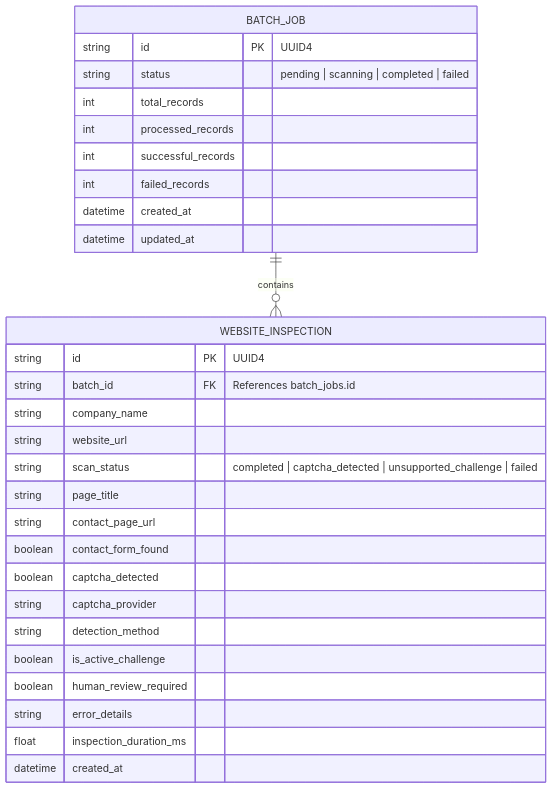
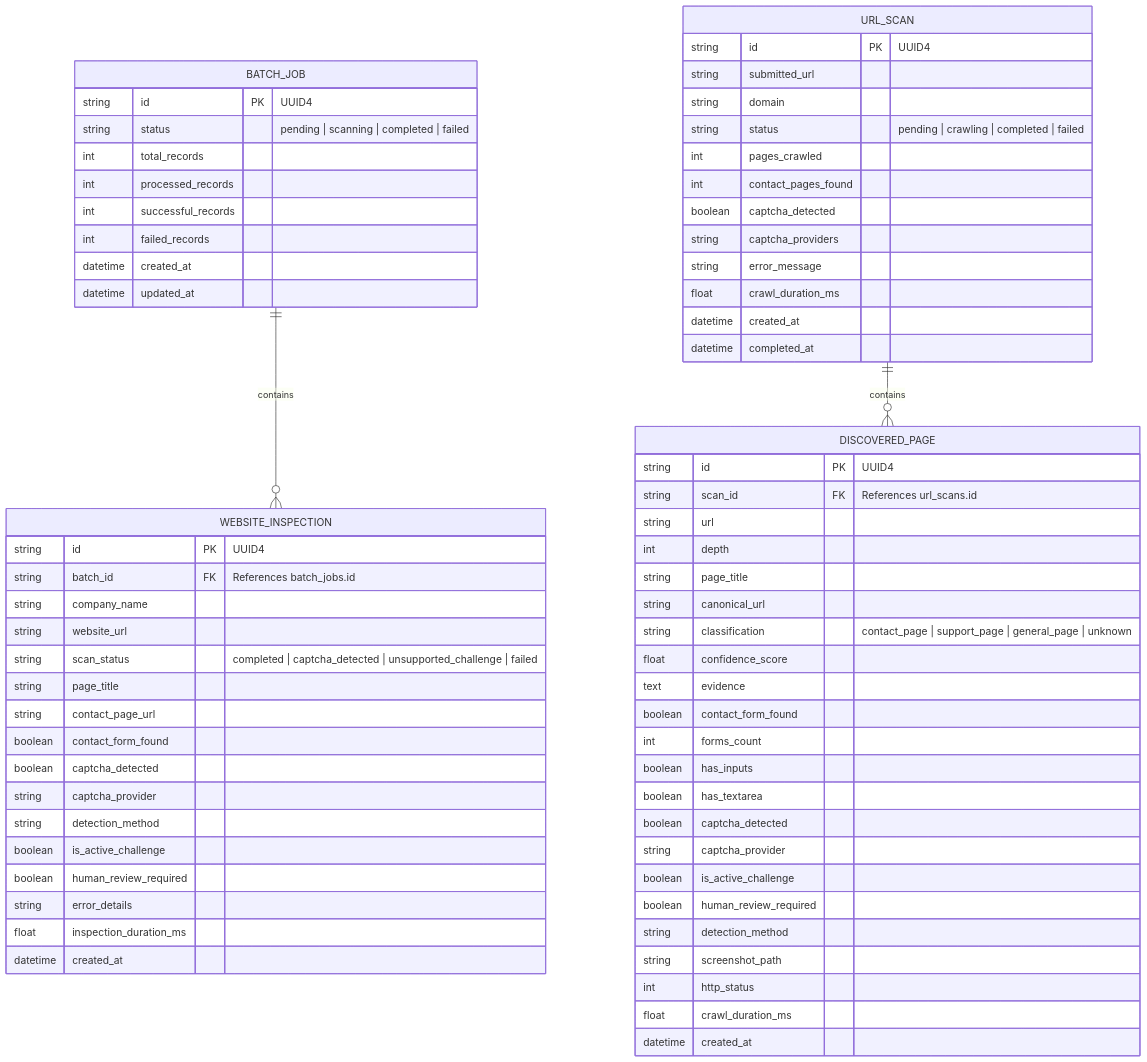
One commit to MianDanish1122/CAPTCHA-Automation-Tool changed the second of 2 diagrams in docs/PROJECT_ARCHITECTURE.md. Above: the diagram before and after it, drawn with Mermaid. The commit also changed other lines of this file and 11 other files, not shown here.

````diff
--- a/docs/PROJECT_ARCHITECTURE.md
+++ b/docs/PROJECT_ARCHITECTURE.md
@@ -120,34 +139,75 @@
 ```mermaid
 erDiagram
     BATCH_JOB ||--o{ WEBSITE_INSPECTION : contains
+    URL_SCAN ||--o{ DISCOVERED_PAGE : contains
     
     BATCH_JOB {
         string id PK "UUID4"
         string status "pending | scanning | completed | failed"
         int total_records
         int processed_records
         int successful_records
         int failed_records
         datetime created_at
         datetime updated_at
     }
 
     WEBSITE_INSPECTION {
         string id PK "UUID4"
         string batch_id FK "References batch_jobs.id"
         string company_name
         string website_url
         string scan_status "completed | captcha_detected | unsupported_challenge | failed"
         string page_title
         string contact_page_url
         boolean contact_form_found
         boolean captcha_detected
         string captcha_provider
         string detection_method
         boolean is_active_challenge
         boolean human_review_required
         string error_details
         float inspection_duration_ms
         datetime created_at
     }
+
+    URL_SCAN {
+        string id PK "UUID4"
+        string submitted_url
+        string domain
+        string status "pending | crawling | completed | failed"
+        int pages_crawled
+        int contact_pages_found
+        boolean captcha_detected
+        string captcha_providers
+        string error_message
+        float crawl_duration_ms
+        datetime created_at
+        datetime completed_at
+    }
+
+    DISCOVERED_PAGE {
+        string id PK "UUID4"
+        string scan_id FK "References url_scans.id"
+        string url
+        int depth
+        string page_title
+        string canonical_url
+        string classification "contact_page | support_page | general_page | unknown"
+        float confidence_score
+        text evidence
+        boolean contact_form_found
+        int forms_count
+        boolean has_inputs
+        boolean has_textarea
+        boolean captcha_detected
+        string captcha_provider
+        boolean is_active_challenge
+        boolean human_review_required
+        string detection_method
+        string screenshot_path
+        int http_status
+        float crawl_duration_ms
+        datetime created_at
+    }
 ```
````
